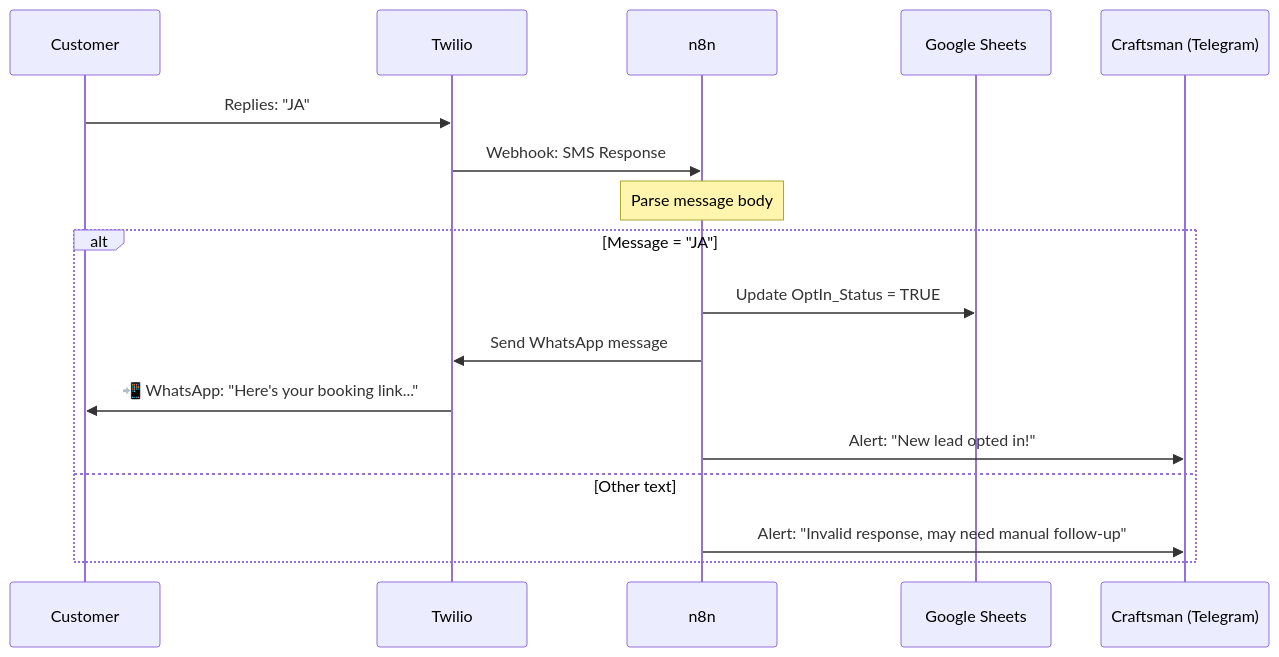
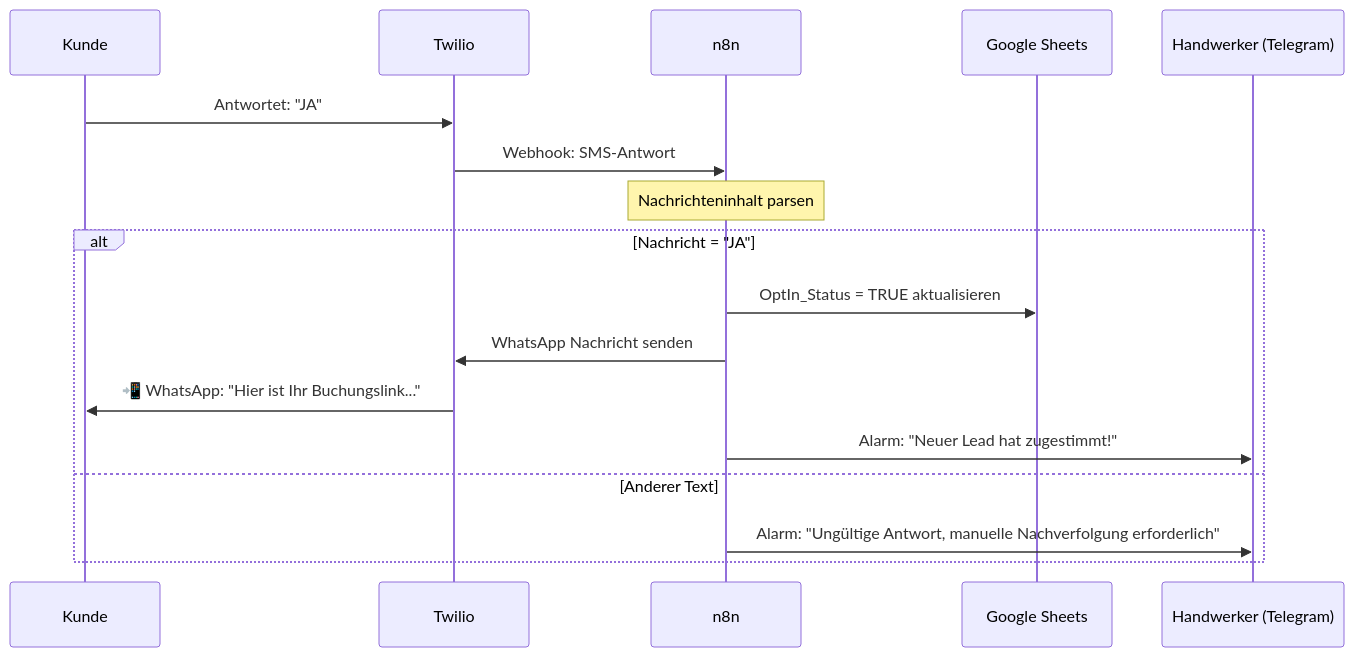
One commit to avion23/meisteranruf-backend changed the seventh of 9 diagrams in ARCHITECTURE.md. Above: the diagram before and after it, drawn with Mermaid. The commit also changed other lines of this file and 3 other files, not shown here.

````diff
--- a/ARCHITECTURE.md
+++ b/ARCHITECTURE.md
@@ -259,22 +259,22 @@
 ```mermaid
 sequenceDiagram
-    participant C as Customer
+    participant C as Kunde
     participant T as Twilio
     participant N as n8n
     participant G as Google Sheets
-    participant H as Craftsman (Telegram)
+    participant H as Handwerker (Telegram)
 
-    C->>T: Replies: "JA"
-    T->>N: Webhook: SMS Response
+    C->>T: Antwortet: "JA"
+    T->>N: Webhook: SMS-Antwort
     
-    Note over N: Parse message body
+    Note over N: Nachrichteninhalt parsen
     
-    alt Message = "JA"
-        N->>G: Update OptIn_Status = TRUE
-        N->>T: Send WhatsApp message
-        T->>C: 📲 WhatsApp: "Here's your booking link..."
-        N->>H: Alert: "New lead opted in!"
-    else Other text
-        N->>H: Alert: "Invalid response, may need manual follow-up"
+    alt Nachricht = "JA"
+        N->>G: OptIn_Status = TRUE aktualisieren
+        N->>T: WhatsApp Nachricht senden
+        T->>C: 📲 WhatsApp: "Hier ist Ihr Buchungslink..."
+        N->>H: Alarm: "Neuer Lead hat zugestimmt!"
+    else Anderer Text
+        N->>H: Alarm: "Ungültige Antwort, manuelle Nachverfolgung erforderlich"
     end
 ```
````
